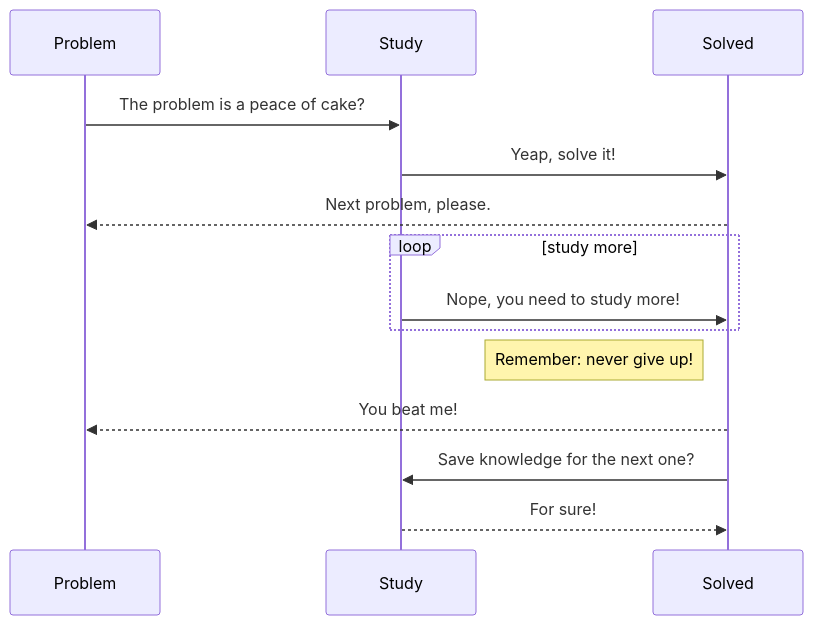
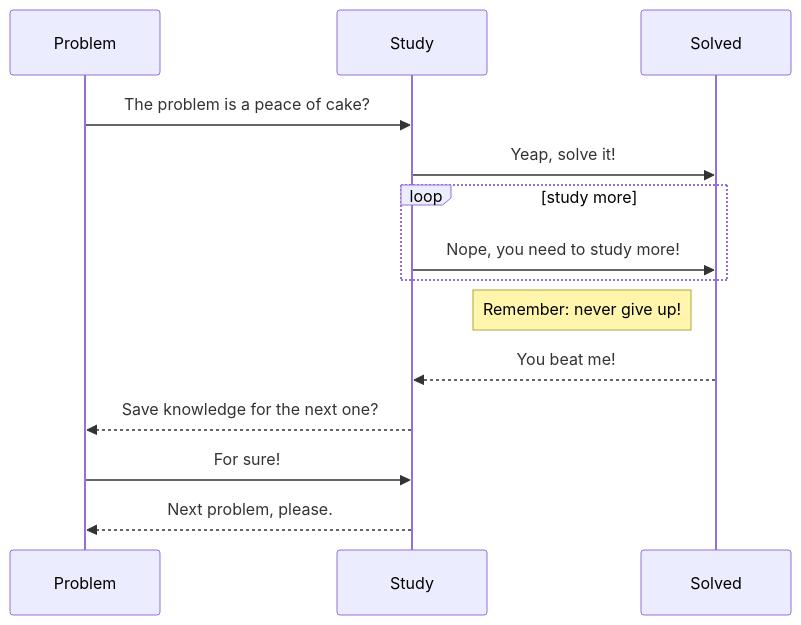
Before and after one commit to thyarles/thyarles: the diagram in README.md, drawn with Mermaid.

````diff
--- a/README.md
+++ b/README.md
@@ -15,15 +15,15 @@
 ```mermaid
 sequenceDiagram
     participant Problem
     participant Study
     Problem->>Study: The problem is a peace of cake?
     Study->>Solved: Yeap, solve it!
-    Solved-->>Problem: Next problem, please.
     loop study more
         Study->>Solved: Nope, you need to study more!
     end
     Note left of Solved: Remember: never give up!
-    Solved-->>Problem: You beat me!
-    Solved->>Study: Save knowledge for the next one?
-    Study-->>Solved: For sure!
+    Solved-->>Study: You beat me!
+    Study-->>Problem: Save knowledge for the next one?
+    Problem->>Study: For sure!
+    Study-->>Problem: Next problem, please.
 ```
````
